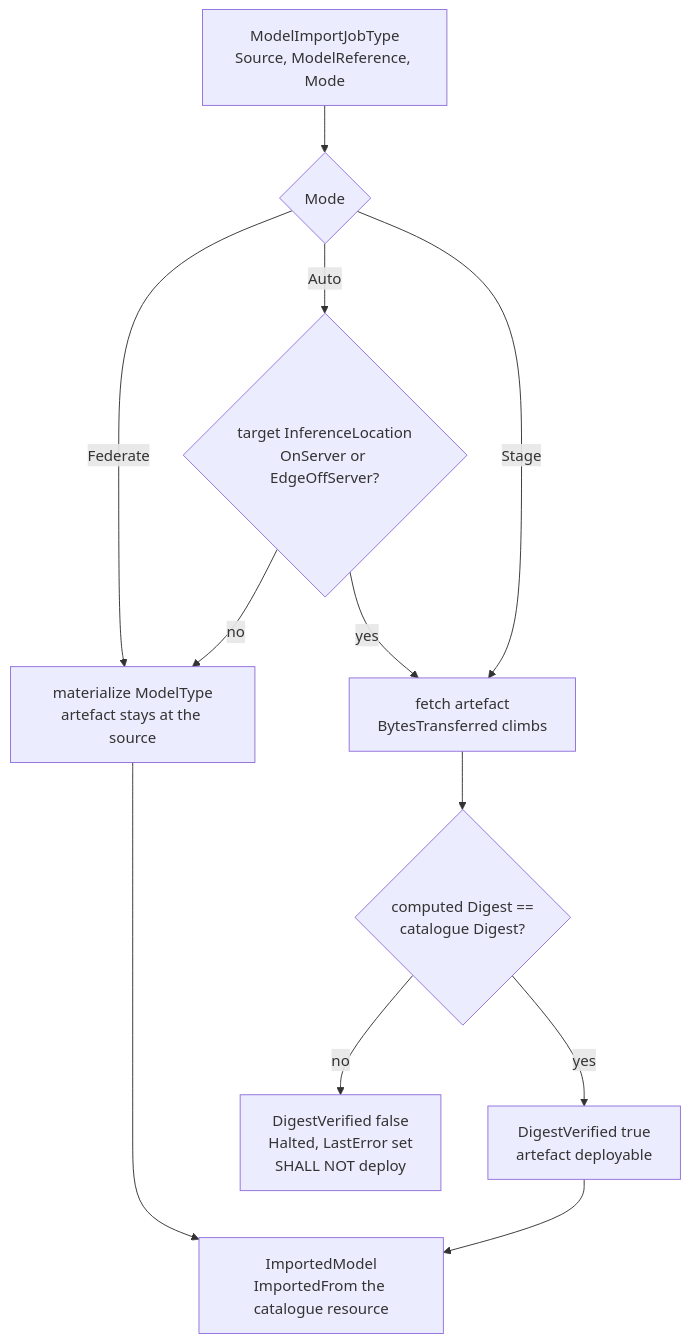
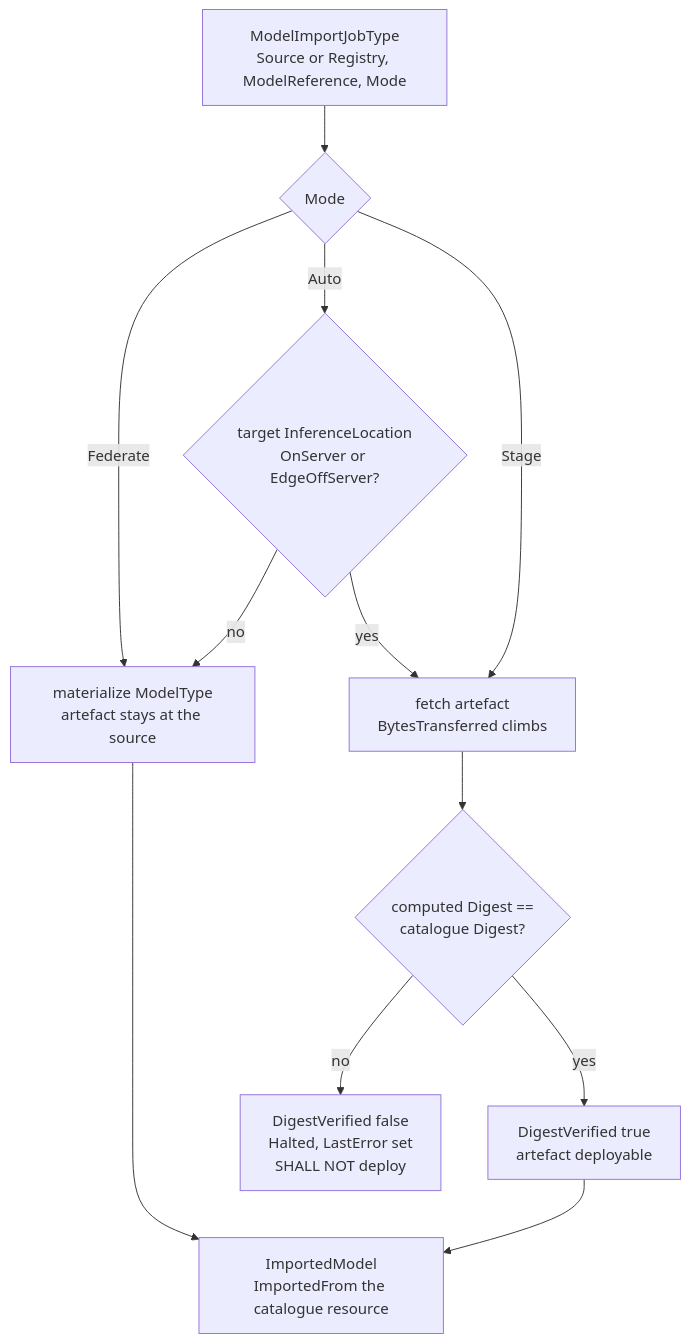
Before and after one commit to marcschier/opcua-drafts: diagram 15 of 16 in metaverse-specs/ai-model-management/OPC-UA-AI-Model-Management.md, drawn with Mermaid. The commit also changed other lines of this file and 20 other files, not shown here.

First line of the commit message:
Release 0.3.0: state why a digest is absent, and reach a registry from an import

````diff
--- a/metaverse-specs/ai-model-management/OPC-UA-AI-Model-Management.md
+++ b/metaverse-specs/ai-model-management/OPC-UA-AI-Model-Management.md
@@ -921,14 +927,14 @@
 ```mermaid
 flowchart TD
-    A["ModelImportJobType<br/>Source, ModelReference, Mode"] --> B{Mode}
+    A["ModelImportJobType<br/>Source or Registry, ModelReference, Mode"] --> B{Mode}
     B -->|Federate| F["materialize ModelType<br/>artefact stays at the source"]
     B -->|Auto| G{"target InferenceLocation<br/>OnServer or EdgeOffServer?"}
     G -->|no| F
     G -->|yes| S
     B -->|Stage| S["fetch artefact<br/>BytesTransferred climbs"]
     S --> V{"computed Digest ==<br/>catalogue Digest?"}
     V -->|yes| OK["DigestVerified true<br/>artefact deployable"]
     V -->|no| NO["DigestVerified false<br/>Halted, LastError set<br/>SHALL NOT deploy"]
     F --> R["ImportedModel<br/>ImportedFrom the catalogue resource"]
     OK --> R
 ```
````
